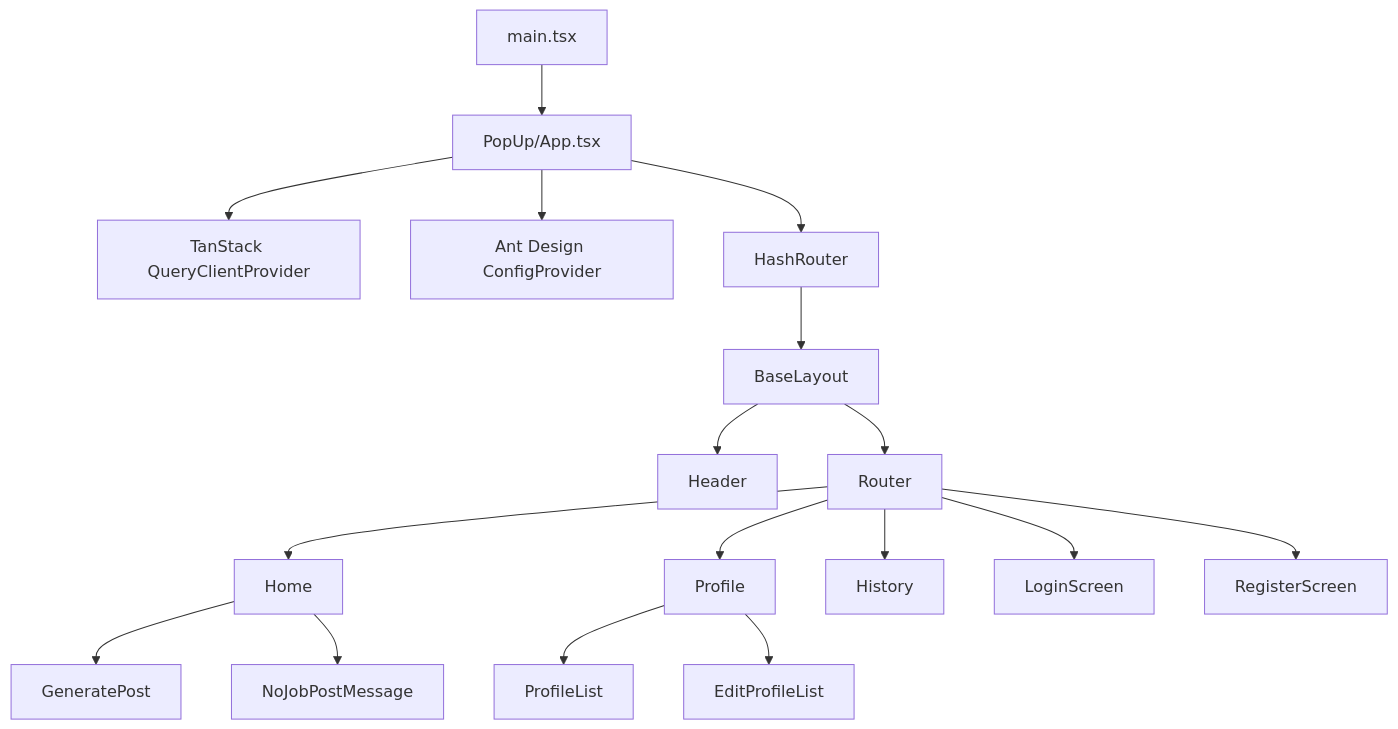
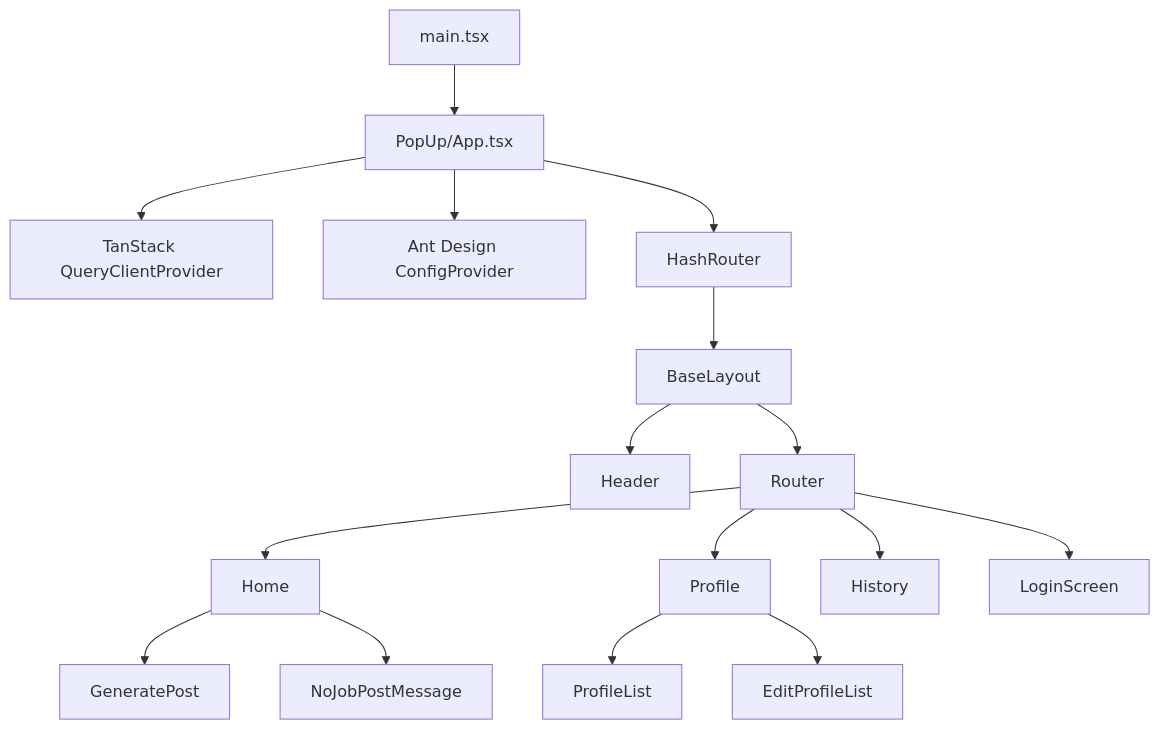
Before and after one commit to talentor-ai/navigator_extension: the second of 3 diagrams in apps/extension/docs/architecture.md, drawn with Mermaid. The commit also changed other lines of this file and 30 other files, not shown here.

````diff
--- a/apps/extension/docs/architecture.md
+++ b/apps/extension/docs/architecture.md
@@ -70,19 +70,18 @@
 ```mermaid
 flowchart TD
     Main[main.tsx] --> App[PopUp/App.tsx]
     App --> Query[TanStack QueryClientProvider]
     App --> Theme[Ant Design ConfigProvider]
     App --> Router[HashRouter]
     Router --> Layout[BaseLayout]
     Layout --> Header[Header]
     Layout --> Routes[Router]
     Routes --> Home[Home]
     Home --> Generate[GeneratePost]
     Home --> Empty[NoJobPostMessage]
     Routes --> Profile[Profile]
     Profile --> ProfileList[ProfileList]
     Profile --> EditProfile[EditProfileList]
     Routes --> History[History]
     Routes --> Login[LoginScreen]
-    Routes --> Register[RegisterScreen]
 ```
````
